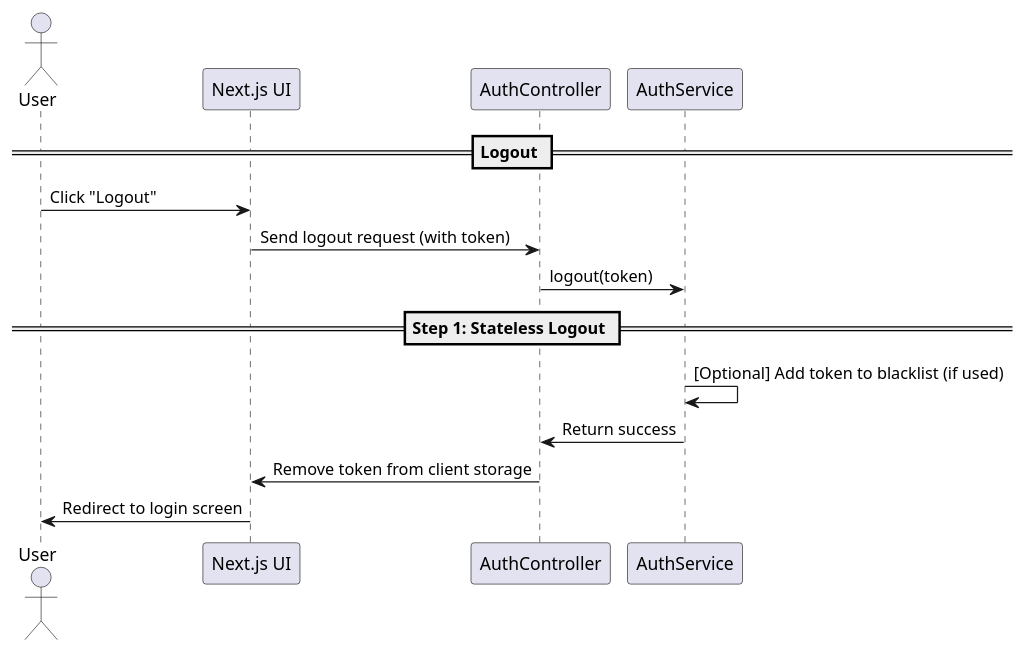
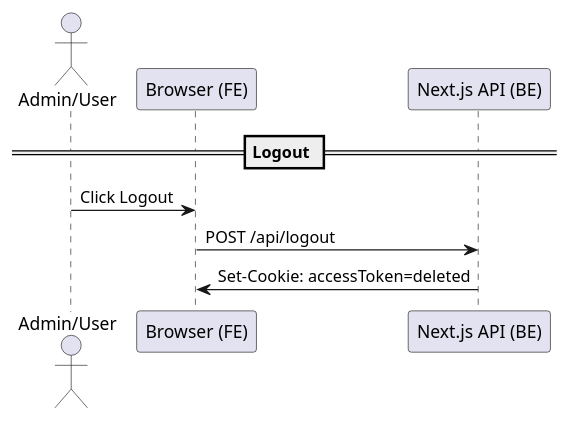
One commit to himbo22/project-itzy changed the diagram in diagram/Both-Logout.md. Above: the diagram before and after it, drawn with PlantUML. The commit also changed 1 other file, not shown here.

````diff
--- a/diagram/Both-Logout.md
+++ b/diagram/Both-Logout.md
@@ -2,20 +2,13 @@
 ```uml
 @startuml
-actor User
-participant "Next.js UI" as UI
-participant "AuthController" as Controller
-participant "AuthService" as Service
+actor "Admin/User"
+participant "Browser (FE)" as FE
+participant "Next.js API (BE)" as BE
 
 == Logout ==
-User -> UI : Click "Logout"
-UI -> Controller : Send logout request (with token)
-Controller -> Service : logout(token)
 
-== Step 1: Stateless Logout ==
-Service -> Service : [Optional] Add token to blacklist (if used)
-
-Service -> Controller : Return success
-Controller -> UI : Remove token from client storage
-UI -> User : Redirect to login screen
+"Admin/User" -> FE : Click Logout
+FE -> BE : POST /api/logout
+BE -> FE : Set-Cookie: accessToken=deleted
 @enduml
 ```
````
